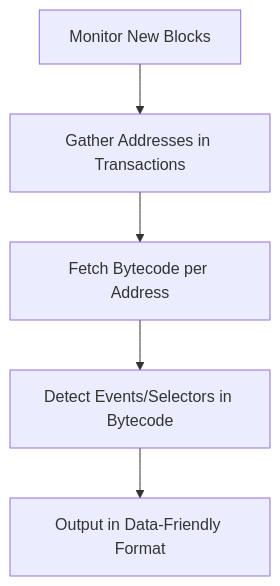
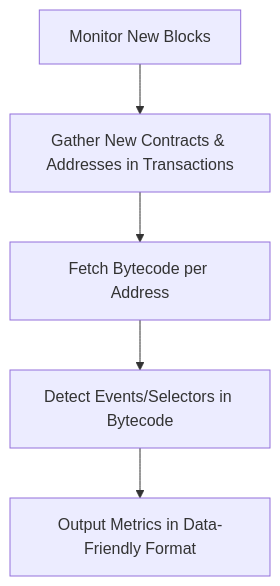
The first of 2 diagrams in fetching-backend/README.md (plotchy/defi-detective), drawn with Mermaid before and after one commit. The commit also changed other lines of this file and 4 other files, not shown here.

Commit message:
architecture update

````diff
--- a/fetching-backend/README.md
+++ b/fetching-backend/README.md
@@ -11,7 +11,7 @@
 ```mermaid
 graph
-    A[Monitor New Blocks] --> B[Gather Addresses in Transactions]
+    A[Monitor New Blocks] --> B[Gather New Contracts & Addresses in Transactions]
     B --> C[Fetch Bytecode per Address]
     C --> D[Detect Events/Selectors in Bytecode]
-    D --> E[Output in Data-Friendly Format]
+    D --> E[Output Metrics in Data-Friendly Format]
 ```
````
